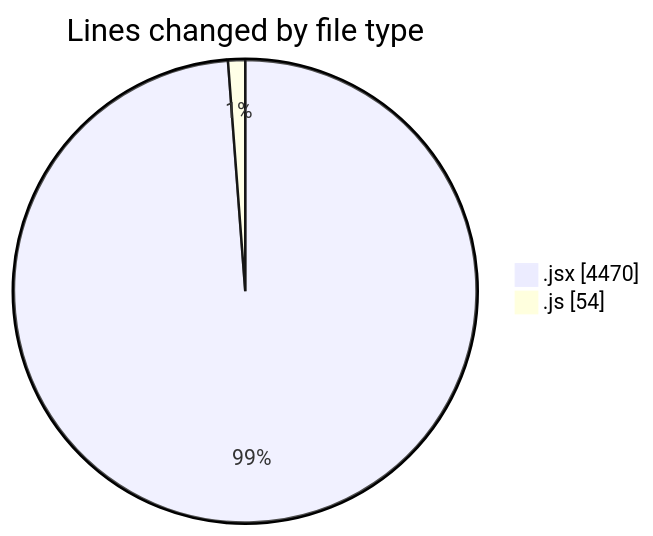
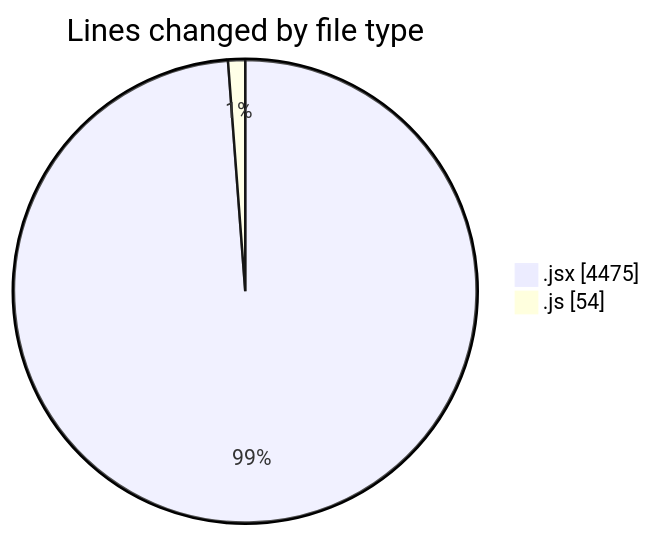
One commit to nxtqubesakshisongat/code-tracking changed the first of 2 diagrams in 2025-06-25/nxtqube_webapp/README.md. Above: the diagram before and after it, drawn with Mermaid. The commit also changed other lines of this file and 1 other file, not shown here.

````diff
--- a/2025-06-25/nxtqube_webapp/README.md
+++ b/2025-06-25/nxtqube_webapp/README.md
@@ -24,6 +24,6 @@
 ```mermaid
 pie showData
 title Lines changed by file type
-".jsx" : 4470
+".jsx" : 4475
 ".js" : 54
 ```
````
